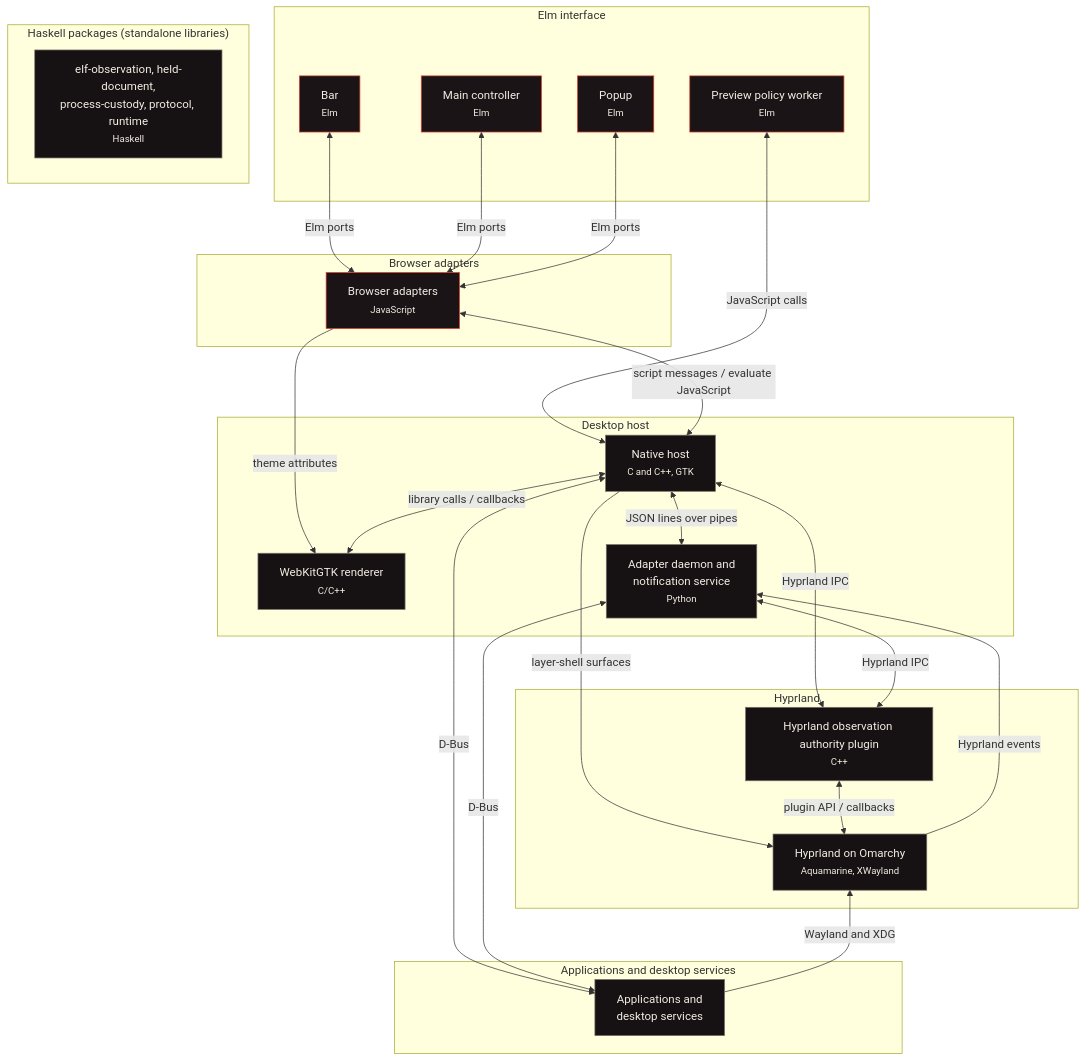
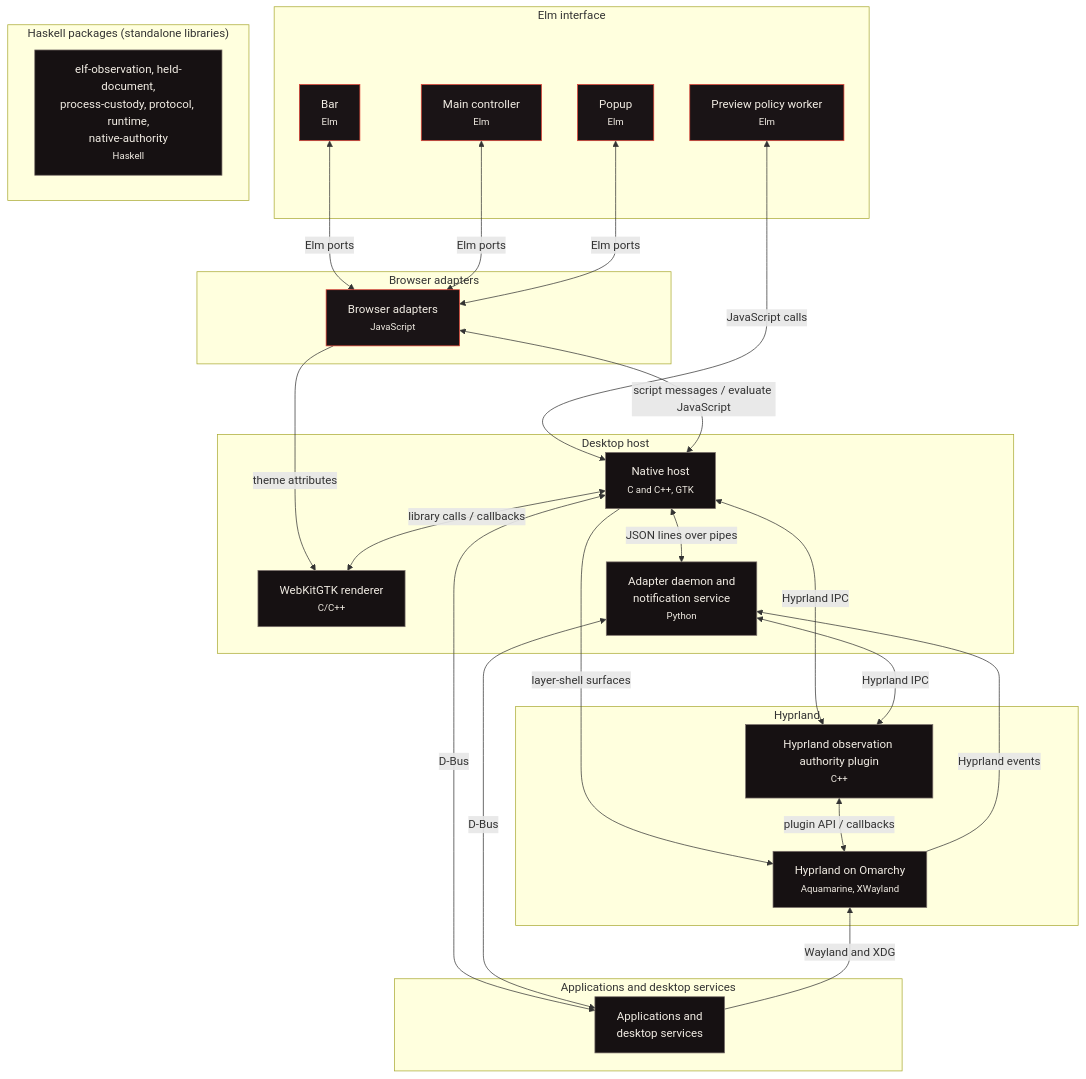
The diagram in README.md (CharlesHoskinson/Warlock), drawn with Mermaid before and after one commit. The commit also changed other lines of this file and 18 other files, not shown here.

Commit message:
Accept original receipt states and document current Haskell package readiness

````diff
--- a/README.md
+++ b/README.md
@@ -130,49 +130,49 @@
 ```mermaid
 flowchart TB
   subgraph L_gui["Elm interface"]
     g_main["Main controller<br/><small>Elm</small>"]
     g_bar["Bar<br/><small>Elm</small>"]
     g_popup["Popup<br/><small>Elm</small>"]
     g_previews["Preview policy worker<br/><small>Elm</small>"]
   end
   subgraph L_bridge["Browser adapters"]
     g_adapters["Browser adapters<br/><small>JavaScript</small>"]
   end
   subgraph L_host["Desktop host"]
     g_host["Native host<br/><small>C and C++, GTK</small>"]
     g_webkit_renderer["WebKitGTK renderer<br/><small>C/C++</small>"]
     g_python["Adapter daemon and<br/>notification service<br/><small>Python</small>"]
   end
   subgraph L_compositor["Hyprland"]
     g_authority_plugin["Hyprland observation authority plugin<br/><small>C++</small>"]
     g_hyprland["Hyprland on Omarchy<br/><small>Aquamarine, XWayland</small>"]
   end
   subgraph L_library["Haskell packages (standalone libraries)"]
-    g_haskell["elf-observation, held-document,<br/>process-custody, protocol, runtime<br/><small>Haskell</small>"]
+    g_haskell["elf-observation, held-document,<br/>process-custody, protocol, runtime,<br/>native-authority<br/><small>Haskell</small>"]
   end
   subgraph L_external["Applications and desktop services"]
     g_services["Applications and<br/>desktop services"]
   end
   g_bar <-->|"Elm ports"| g_adapters
   g_main <-->|"Elm ports"| g_adapters
   g_popup <-->|"Elm ports"| g_adapters
   g_previews <-->|"JavaScript calls"| g_host
   g_adapters <-->|"script messages / evaluate JavaScript"| g_host
   g_adapters -->|"theme attributes"| g_webkit_renderer
   g_host <-->|"JSON lines over pipes"| g_python
   g_host <-->|"library calls / callbacks"| g_webkit_renderer
   g_host <-->|"Hyprland IPC"| g_authority_plugin
   g_host -->|"layer-shell surfaces"| g_hyprland
   g_python <-->|"Hyprland IPC"| g_authority_plugin
   g_python ~~~ g_hyprland
   g_hyprland -->|"Hyprland events"| g_python
   g_host <-->|"D-Bus"| g_services
   g_python <-->|"D-Bus"| g_services
   g_authority_plugin <-->|"plugin API / callbacks"| g_hyprland
   g_hyprland ~~~ g_services
   g_services -->|"Wayland and XDG"| g_hyprland
   classDef gui fill:#1a1416,stroke:#e34234,color:#f2ede4
   classDef base fill:#161112,stroke:#7a6f6a,color:#f2ede4
   class g_main,g_bar,g_popup,g_adapters,g_previews gui
   class g_host,g_webkit_renderer,g_python,g_authority_plugin,g_hyprland,g_haskell,g_services base
 ```
````
